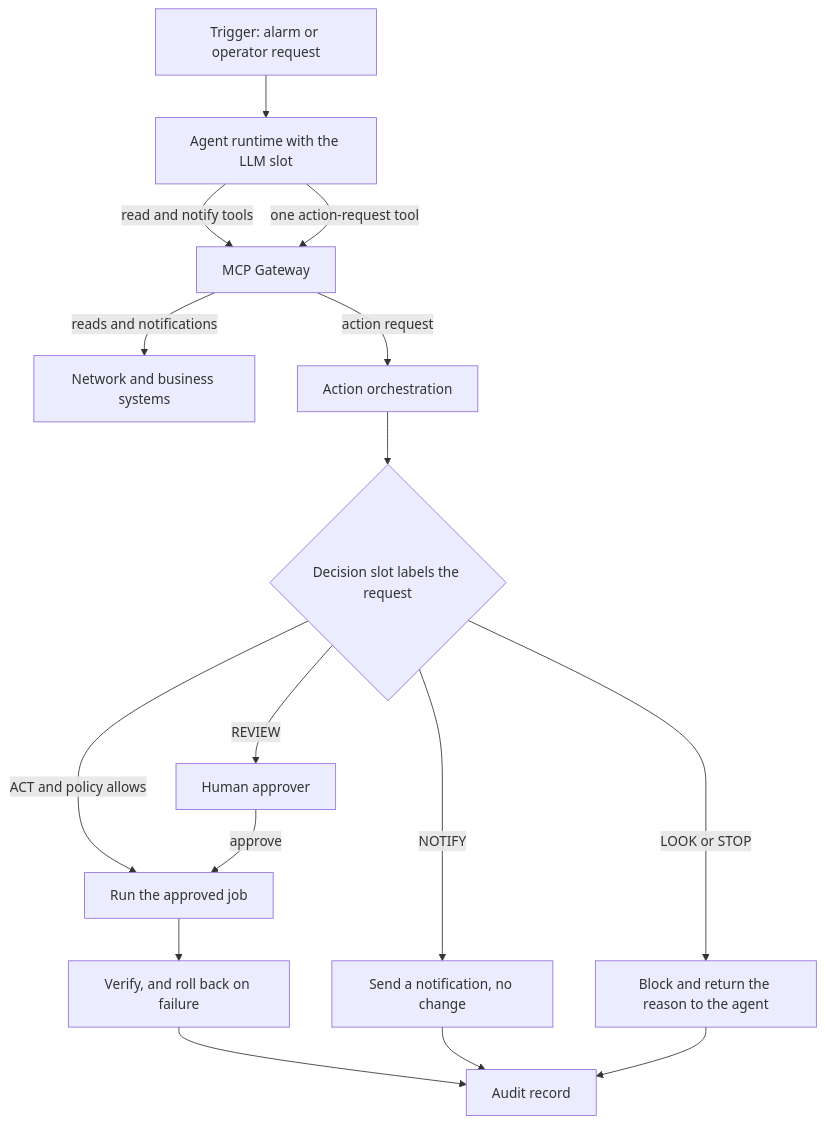
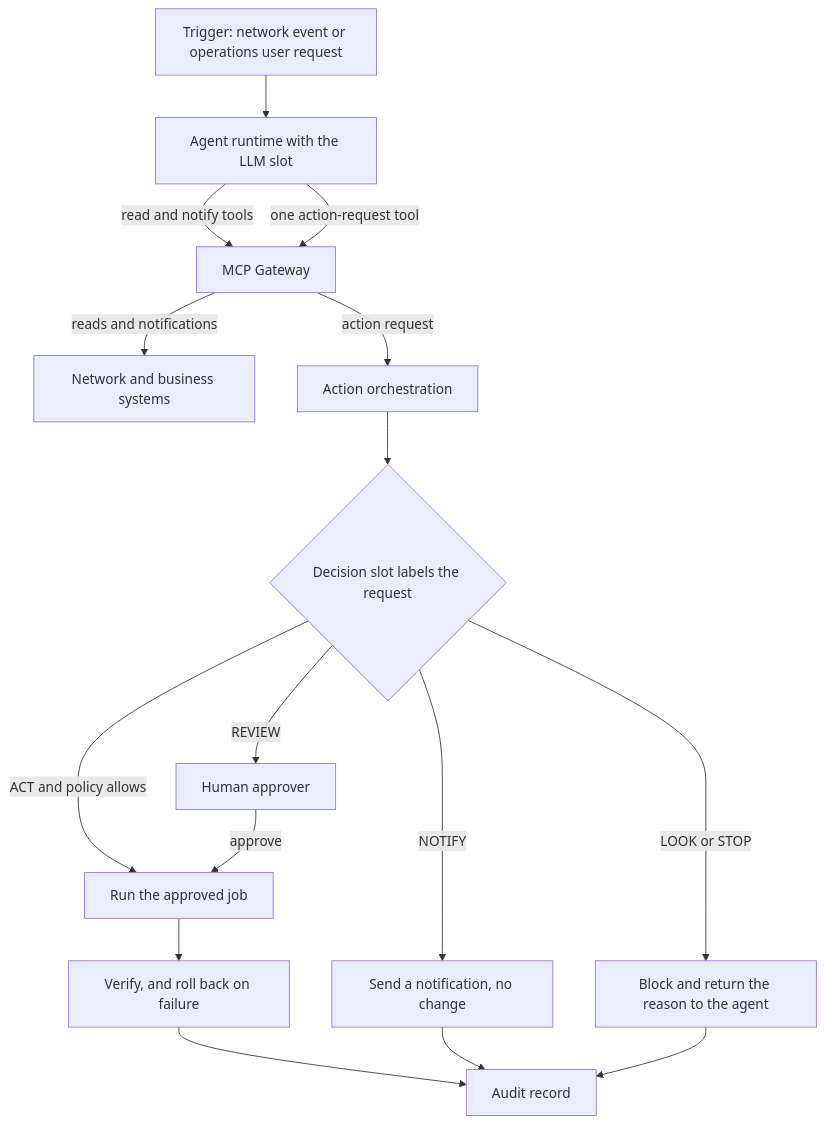
Before and after one commit to ravisharma5/otel-telco-blueprints: the second of 2 diagrams in architecture/index.md, drawn with Mermaid. The commit also changed other lines of this file and 3 other files, not shown here.

First line of the commit message:
docs(architecture): split diagram entry into user and network event

````diff
--- a/architecture/index.md
+++ b/architecture/index.md
@@ -91,18 +91,18 @@
 ```mermaid
 flowchart TD
-  T["Trigger: alarm or operator request"] --> AG["Agent runtime with the LLM slot"]
+  T["Trigger: network event or operations user request"] --> AG["Agent runtime with the LLM slot"]
   AG -- "read and notify tools" --> TG["MCP Gateway"]
   AG -- "one action-request tool" --> TG
   TG -- "reads and notifications" --> SYS["Network and business systems"]
   TG -- "action request" --> AO["Action orchestration"]
   AO --> DG{"Decision slot labels the request"}
   DG -- "ACT and policy allows" --> EX["Run the approved job"]
   DG -- "REVIEW" --> HU["Human approver"]
   HU -- "approve" --> EX
   DG -- "NOTIFY" --> NO["Send a notification, no change"]
   DG -- "LOOK or STOP" --> BL["Block and return the reason to the agent"]
   EX --> VR["Verify, and roll back on failure"]
   VR --> AU["Audit record"]
   NO --> AU
   BL --> AU
 ```
````
